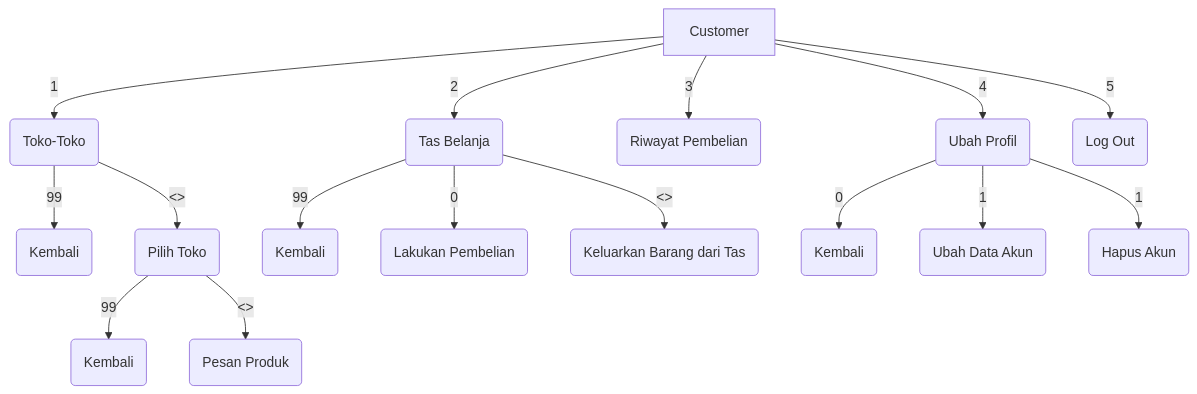
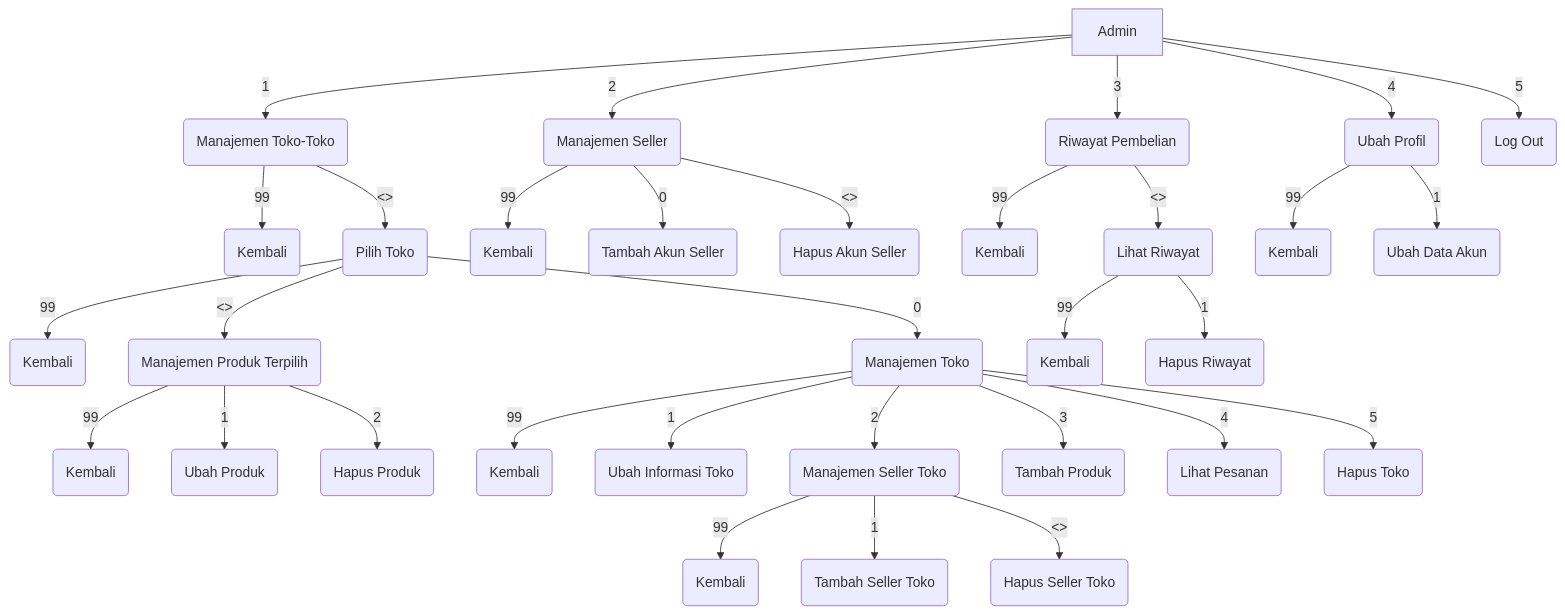
The first of 2 diagrams in README.md (Viabelous/ProjekAkhirPBO), drawn with Mermaid before and after one commit.

Commit message:
README: Typo lagi

````diff
--- a/README.md
+++ b/README.md
@@ -21,21 +43,41 @@
 ```mermaid
-graph 
-A[Customer] -- 1 --> B(Toko-Toko)
+graph
+
+A[Admin] -- 1 --> B(Manajemen Toko-Toko)
 B --99 --> BA(Kembali)
 B -- <> --> BB(Pilih Toko)
-BB -- 99 --> BBA(Kembali)
-BB -- <> --> BBB(Pesan Produk)
+	BB -- 99 --> BBA(Kembali)
+	BB -- 0 --> BBB(Manajemen Toko)
+	BB -- <> --> BBC(Manajemen Produk Terpilih)
+		BBC -- 99 --> BBCA(Kembali)
+		BBC -- 1 --> BBCB(Ubah Produk)
+		BBC -- 2 --> BBCC(Hapus Produk)
 
-A -- 2 --> C(Tas Belanja)
+BBB -- 99 --> BBBA(Kembali)
+BBB -- 1 --> BBBB(Ubah Informasi Toko)
+BBB -- 2 --> BBBC(Manajemen Seller Toko)
+	BBBC -- 99 --> BBBCA(Kembali)
+	BBBC -- 1 --> BBBCB(Tambah Seller Toko)
+	BBBC -- <> --> BBBCC(Hapus Seller Toko)
+BBB -- 3 --> BBBE(Tambah Produk)
+BBB -- 4 --> BBBF(Lihat Pesanan)
+BBB -- 5 --> BBBG(Hapus Toko)
+
+A -- 2 --> C(Manajemen Seller)
 C -- 99 --> CA(Kembali)
-C -- 0 --> CB(Lakukan Pembelian)
-C -- <> --> CC(Keluarkan Barang dari Tas)
+C -- 0 --> CB(Tambah Akun Seller)
+C -- <> --> CC(Hapus Akun Seller)
 
 A -- 3 --> D(Riwayat Pembelian)
+D -- 99 --> DA(Kembali)
+D -- <> --> DB(Lihat Riwayat)
+	DB -- 99 --> DBA(Kembali)
+	DB -- 1 --> DBB(Hapus Riwayat)
+
 A -- 4 --> E(Ubah Profil)
-E -- 0 --> EA(Kembali)
+
+E -- 99 --> EA(Kembali)
 E -- 1 --> EB(Ubah Data Akun)
-E -- 1 --> EC(Hapus Akun)
 
 A -- 5 --> F(Log Out)
 ```
````
